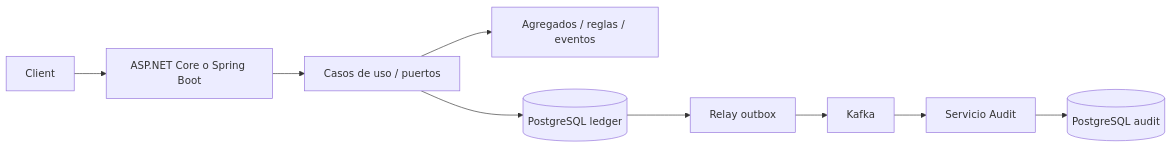
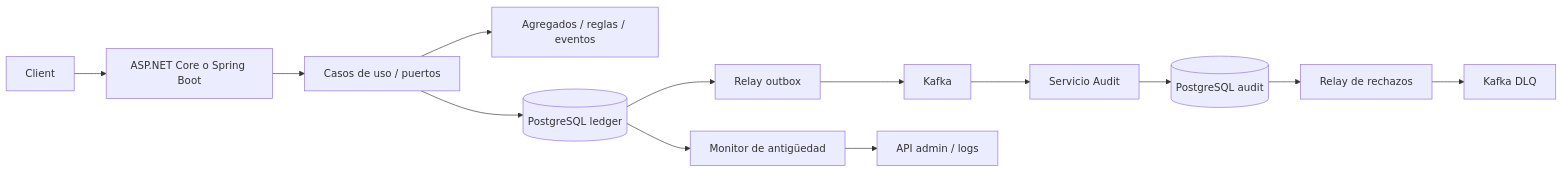
Before and after one commit to jorgefprietol/banking-architecture-lab: the diagram in docs/architecture.md, drawn with Mermaid. The commit also changed other lines of this file and 13 other files, not shown here.

````diff
--- a/docs/architecture.md
+++ b/docs/architecture.md
@@ -11,11 +11,15 @@
 ```mermaid
 flowchart LR
     Client --> API[ASP.NET Core o Spring Boot]
     API --> Application[Casos de uso / puertos]
     Application --> Domain[Agregados / reglas / eventos]
     Application --> PG[(PostgreSQL ledger)]
     PG --> Outbox[Relay outbox]
     Outbox --> Kafka[Kafka]
     Kafka --> Audit[Servicio Audit]
     Audit --> AuditDB[(PostgreSQL audit)]
+    AuditDB --> RejectionRelay[Relay de rechazos]
+    RejectionRelay --> DLQ[Kafka DLQ]
+    PG --> AgeMonitor[Monitor de antigüedad]
+    AgeMonitor --> Operations[API admin / logs]
 ```
````
